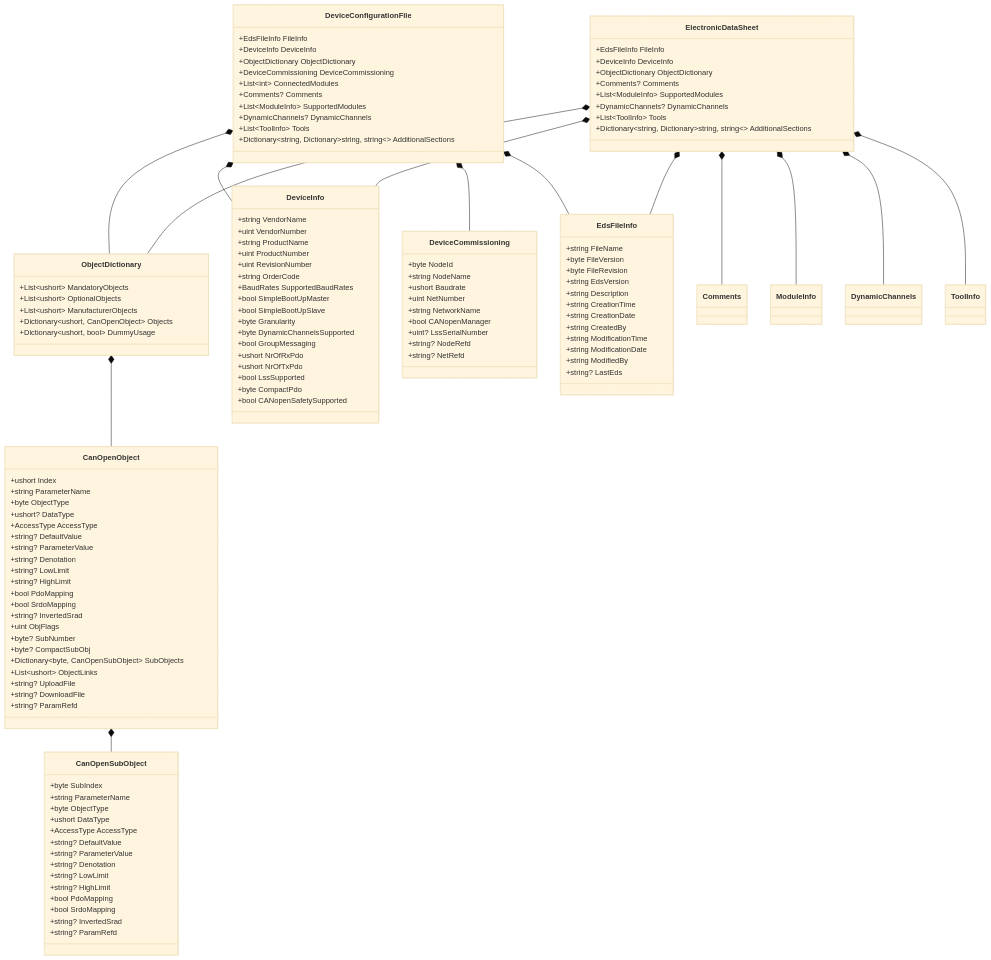
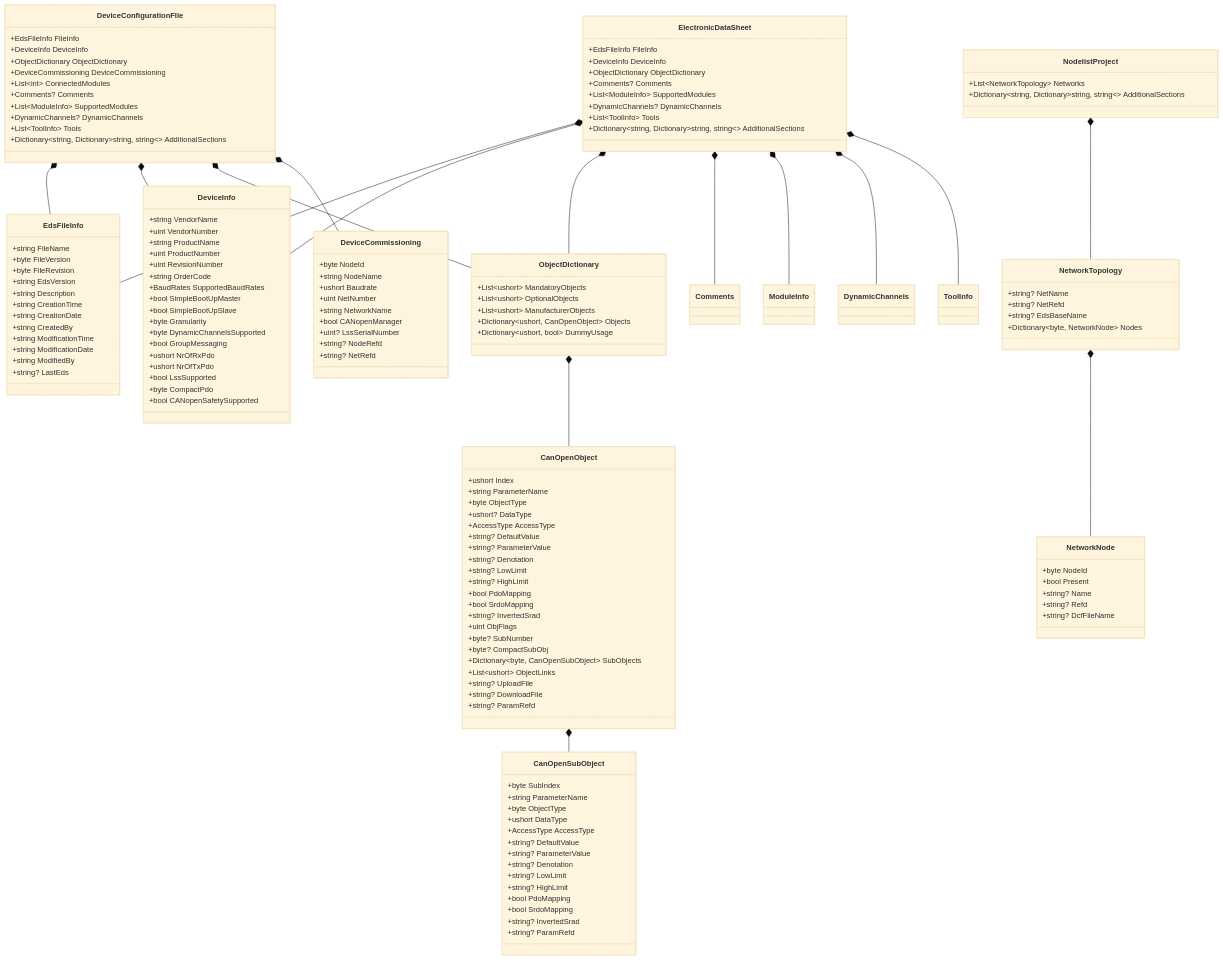
One commit to dborgards/eds-dcf-net changed the fifth of 8 diagrams in docs/architecture/05-building-block-view.md. Above: the diagram before and after it, drawn with Mermaid (base theme). The commit also changed other lines of this file and 18 other files, not shown here.

First line of the commit message:
feat: add CiA 306-3 nodelist project (.cpj) support (#21)

````diff
--- a/docs/architecture/05-building-block-view.md
+++ b/docs/architecture/05-building-block-view.md
@@ -246,6 +271,26 @@
         +string? LastEds
     }
 
+    class NodelistProject {
+        +List~NetworkTopology~ Networks
+        +Dictionary~string, Dictionary~string, string~~ AdditionalSections
+    }
+
+    class NetworkTopology {
+        +string? NetName
+        +string? NetRefd
+        +string? EdsBaseName
+        +Dictionary~byte, NetworkNode~ Nodes
+    }
+
+    class NetworkNode {
+        +byte NodeId
+        +bool Present
+        +string? Name
+        +string? Refd
+        +string? DcfFileName
+    }
+
     ElectronicDataSheet *-- EdsFileInfo
     ElectronicDataSheet *-- DeviceInfo
     ElectronicDataSheet *-- ObjectDictionary
@@ -259,6 +304,9 @@
     DeviceConfigurationFile *-- ObjectDictionary
     DeviceConfigurationFile *-- DeviceCommissioning
 
+    NodelistProject *-- NetworkTopology
+    NetworkTopology *-- NetworkNode
+
     ObjectDictionary *-- CanOpenObject
     CanOpenObject *-- CanOpenSubObject
 ```
````
